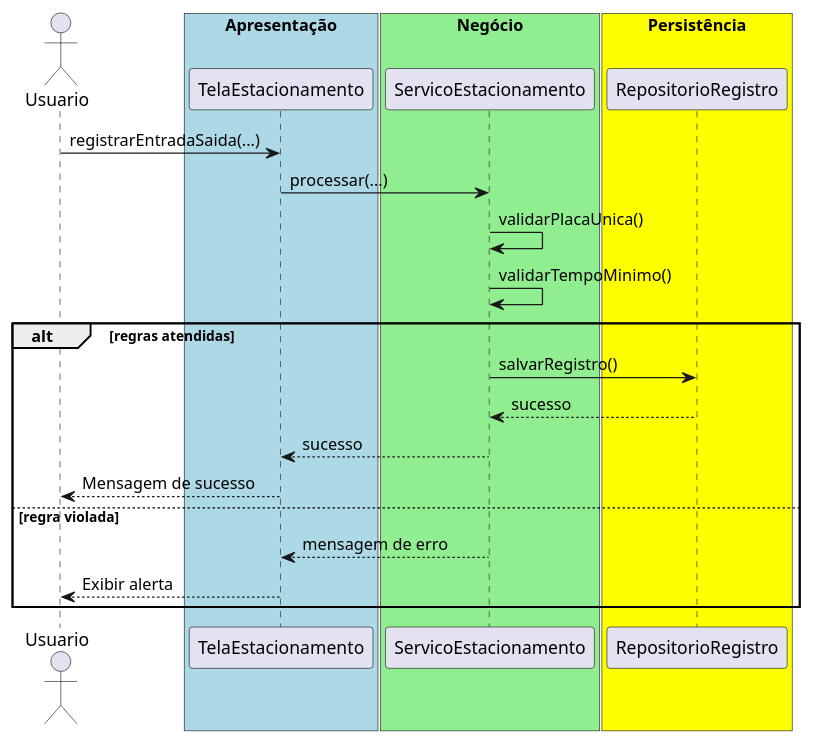
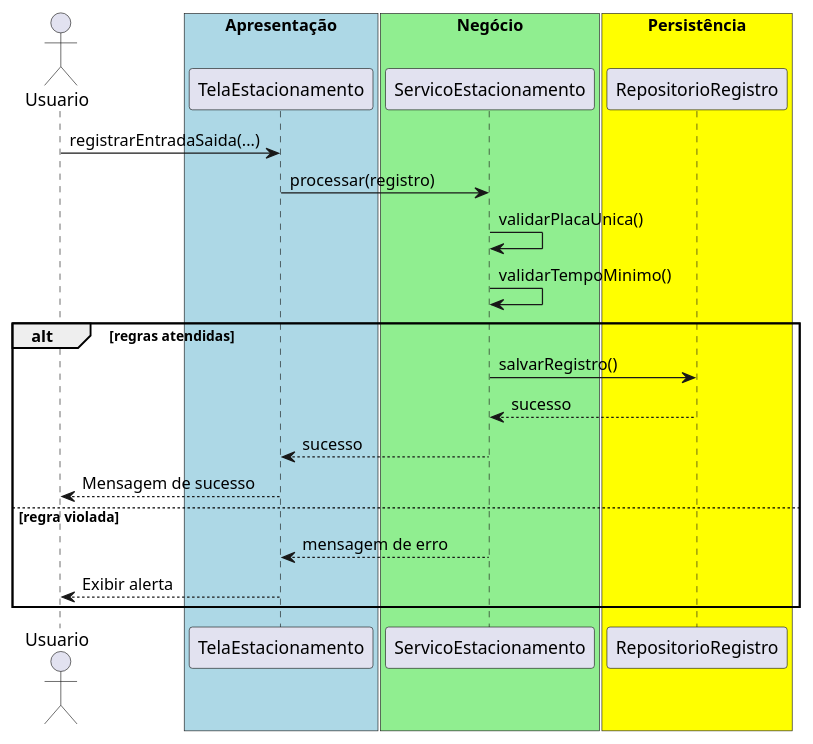
The diagram in src/trabalhos/Trabalho06.md (20261-ifba-saj-ads-poo/blog), drawn with PlantUML before and after one commit. The commit also changed other lines of this file and 35 other files, not shown here.

````diff
--- a/src/trabalhos/Trabalho06.md
+++ b/src/trabalhos/Trabalho06.md
@@ -28,27 +28,27 @@
 ```plantuml{kroki=true}
 @startuml
 actor Usuario
 box "Apresentação" #lightblue
     participant TelaEstacionamento
 end box
 box "Negócio" #lightgreen
     participant ServicoEstacionamento
 end box
 box "Persistência" #yellow
     participant RepositorioRegistro
 end box
 Usuario -> TelaEstacionamento : registrarEntradaSaida(...)
-TelaEstacionamento -> ServicoEstacionamento : processar(...)
+TelaEstacionamento -> ServicoEstacionamento : processar(registro)
 ServicoEstacionamento -> ServicoEstacionamento : validarPlacaUnica()
 ServicoEstacionamento -> ServicoEstacionamento : validarTempoMinimo()
 alt regras atendidas
     ServicoEstacionamento -> RepositorioRegistro : salvarRegistro()
     RepositorioRegistro --> ServicoEstacionamento : sucesso
     ServicoEstacionamento --> TelaEstacionamento : sucesso
     TelaEstacionamento --> Usuario : Mensagem de sucesso
 else regra violada
     ServicoEstacionamento --> TelaEstacionamento : mensagem de erro
     TelaEstacionamento --> Usuario : Exibir alerta
 end
 @enduml
 ```
````
